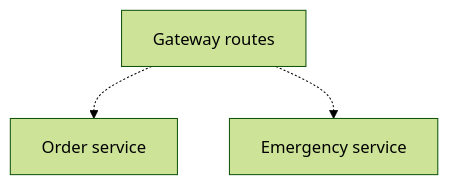
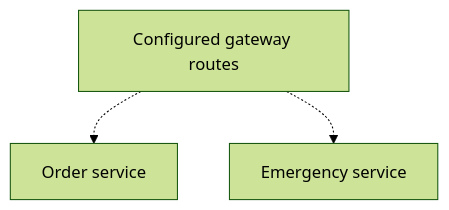
One commit to srivilliamsai/srivilliamsai changed the third of 3 diagrams in README.md. Above: the diagram before and after it, drawn with Mermaid (forest theme). The commit also changed other lines of this file, not shown here.

````diff
--- a/README.md
+++ b/README.md
@@ -145,6 +197,6 @@
 ```mermaid
 flowchart TD
-    Routes["Gateway routes"]
+    Routes["Configured gateway routes"]
     Routes -.-> Orders["Order service"]
     Routes -.-> Emergency["Emergency service"]
 ```
````
